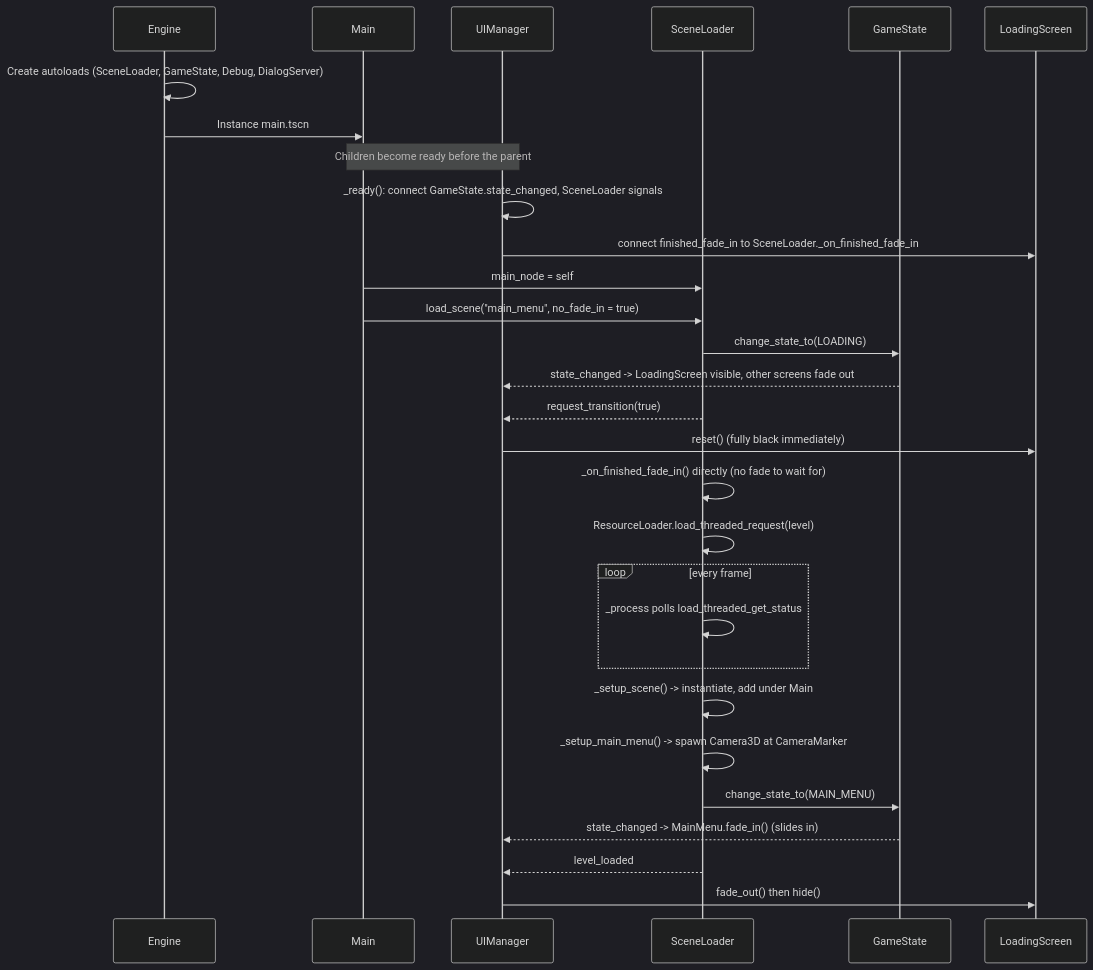
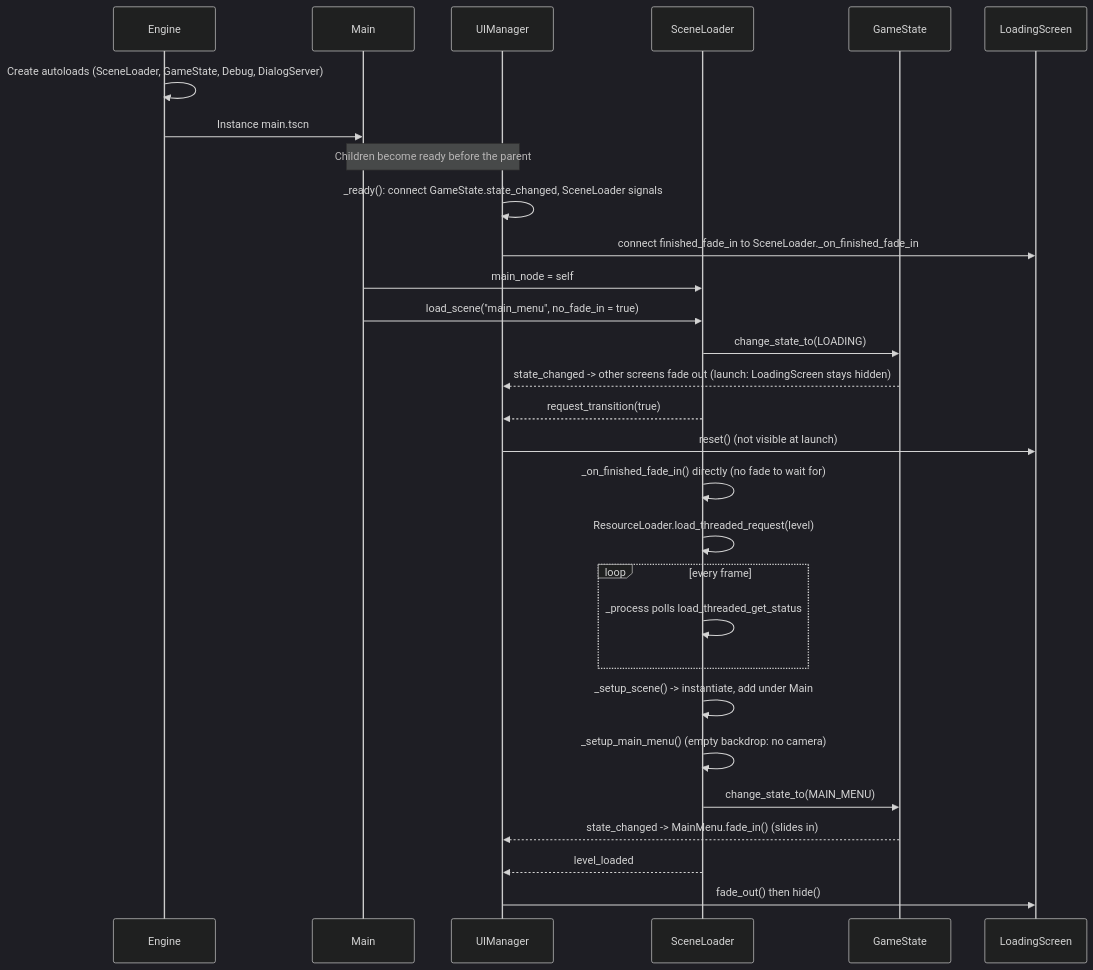
One commit to m-rafiwidya/Last-Light-NasaSpaceApps changed the first of 3 diagrams in game/README.md. Above: the diagram before and after it, drawn with Mermaid (dark theme). The commit also changed other lines of this file and 36 other files, not shown here.

First line of the commit message:
Rebuild main menu with 3D Moon and opening sequence

````diff
--- a/game/README.md
+++ b/game/README.md
@@ -165,32 +166,32 @@
 ```mermaid
 sequenceDiagram
     participant E as Engine
     participant M as Main
     participant UI as UIManager
     participant SL as SceneLoader
     participant GS as GameState
     participant LS as LoadingScreen
 
     E->>E: Create autoloads (SceneLoader, GameState, Debug, DialogServer)
     E->>M: Instance main.tscn
     Note over M,UI: Children become ready before the parent
     UI->>UI: _ready(): connect GameState.state_changed, SceneLoader signals
     UI->>LS: connect finished_fade_in to SceneLoader._on_finished_fade_in
     M->>SL: main_node = self
     M->>SL: load_scene("main_menu", no_fade_in = true)
     SL->>GS: change_state_to(LOADING)
-    GS-->>UI: state_changed -> LoadingScreen visible, other screens fade out
+    GS-->>UI: state_changed -> other screens fade out (launch: LoadingScreen stays hidden)
     SL-->>UI: request_transition(true)
-    UI->>LS: reset() (fully black immediately)
+    UI->>LS: reset() (not visible at launch)
     SL->>SL: _on_finished_fade_in() directly (no fade to wait for)
     SL->>SL: ResourceLoader.load_threaded_request(level)
     loop every frame
         SL->>SL: _process polls load_threaded_get_status
     end
     SL->>SL: _setup_scene() -> instantiate, add under Main
-    SL->>SL: _setup_main_menu() -> spawn Camera3D at CameraMarker
+    SL->>SL: _setup_main_menu() (empty backdrop: no camera)
     SL->>GS: change_state_to(MAIN_MENU)
     GS-->>UI: state_changed -> MainMenu.fade_in() (slides in)
     SL-->>UI: level_loaded
     UI->>LS: fade_out() then hide()
 ```
````
